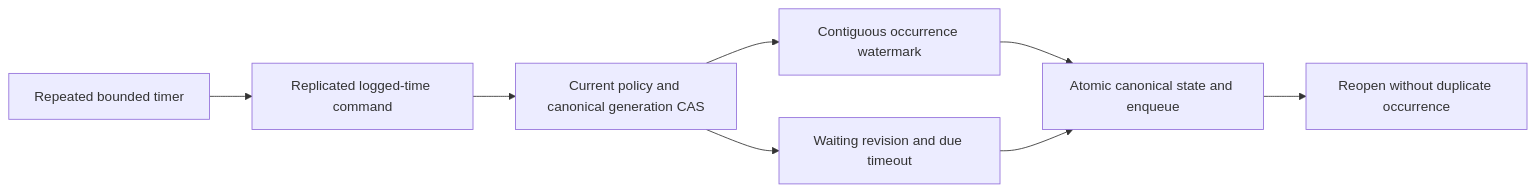
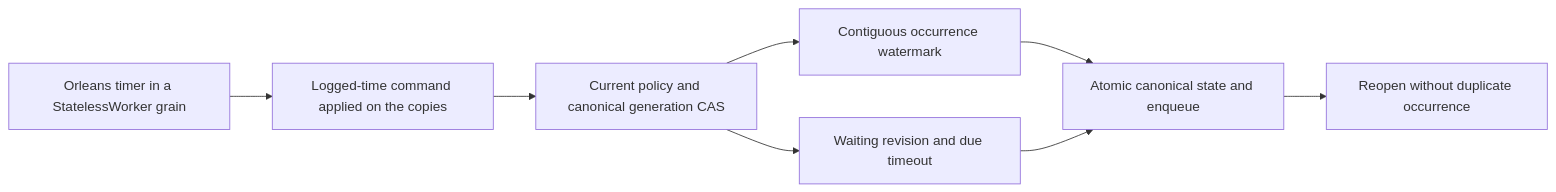
The diagram in docs/Features/Messaging/RecurringSaga.md (managedcode/KeyLoad), drawn with Mermaid before and after one commit. The commit also changed other lines of this file and 7356 other files, not shown here.

````diff
--- a/docs/Features/Messaging/RecurringSaga.md
+++ b/docs/Features/Messaging/RecurringSaga.md
@@ -208,10 +57,10 @@
 ```mermaid
 flowchart LR
-  Tick[Repeated bounded timer] --> Logged[Replicated logged-time command]
+  Tick[Orleans timer in a StatelessWorker grain] --> Logged[Logged-time command applied on the copies]
   Logged --> CAS[Current policy and canonical generation CAS]
   CAS --> Schedule[Contiguous occurrence watermark]
   CAS --> Saga[Waiting revision and due timeout]
   Schedule --> Atomic[Atomic canonical state and enqueue]
   Saga --> Atomic
   Atomic --> Restart[Reopen without duplicate occurrence]
 ```
````
